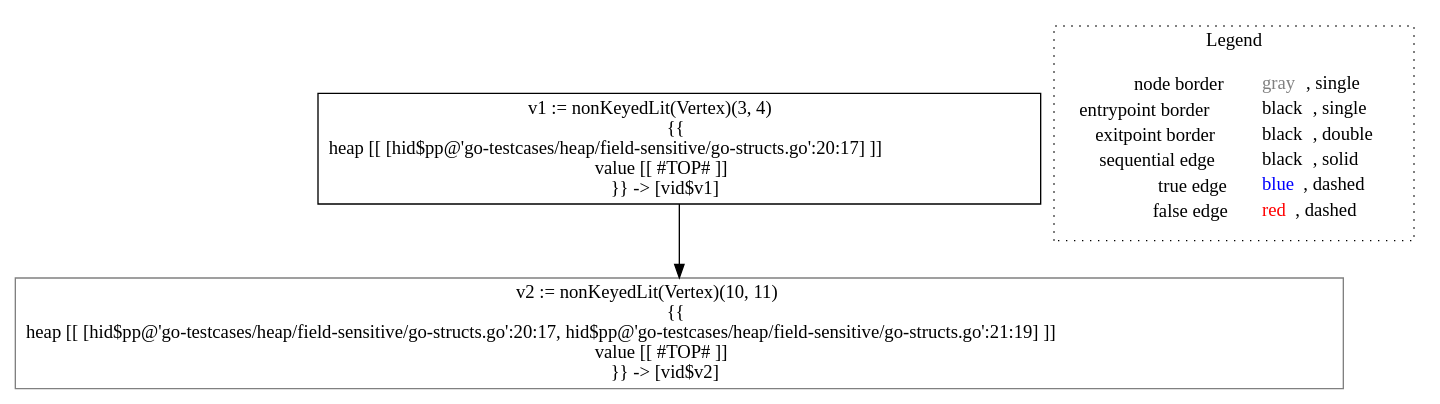
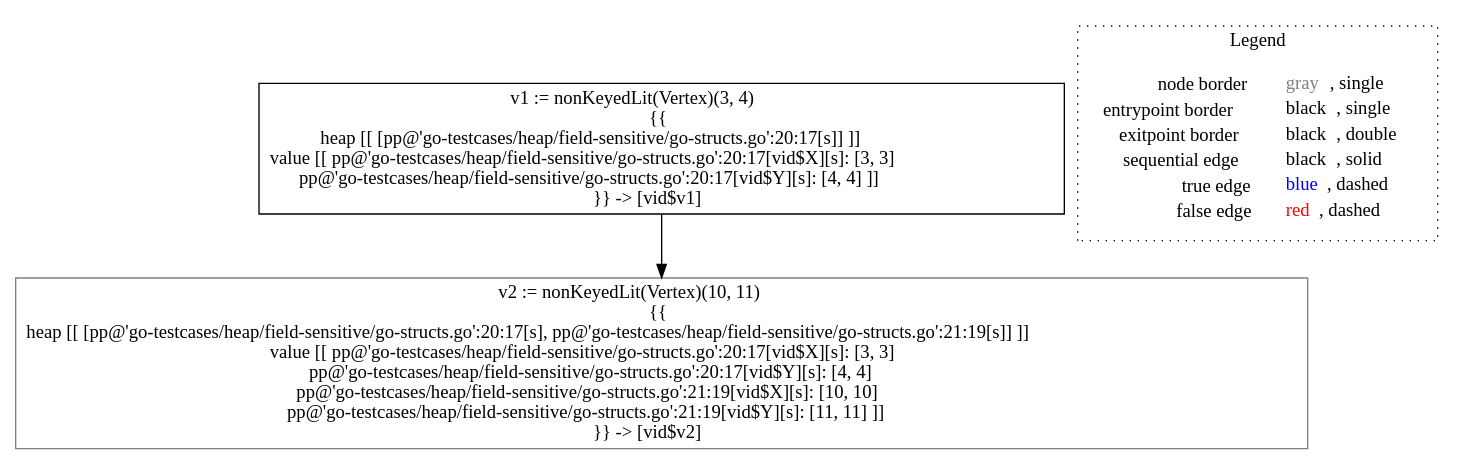
One commit to lisa-analyzer/go-lisa changed the diagram in go-lisa/go-testcases/heap/field-sensitive/analysis___untyped_~LiSAProgram.alloc().dot. Above: the diagram before and after it, drawn with Graphviz. The commit also changed 14 other files, not shown here.

```diff
--- a/go-lisa/go-testcases/heap/field-sensitive/analysis___untyped_~LiSAProgram.alloc().dot
+++ b/go-lisa/go-testcases/heap/field-sensitive/analysis___untyped_~LiSAProgram.alloc().dot
@@ -1,12 +1,12 @@
 digraph {
-	"node0" [shape="rect",color="black",label=<v1 := nonKeyedLit(Vertex)(3, 4)<BR/>{{<BR/>heap [[ [hid$pp@'go-testcases/heap/field-sensitive/go-structs.go':20:17] ]]<BR/>value [[ #TOP# ]]<BR/>}} -&gt; [vid$v1]>];
-	"node1" [shape="rect",color="gray",label=<v2 := nonKeyedLit(Vertex)(10, 11)<BR/>{{<BR/>heap [[ [hid$pp@'go-testcases/heap/field-sensitive/go-structs.go':20:17, hid$pp@'go-testcases/heap/field-sensitive/go-structs.go':21:19] ]]<BR/>value [[ #TOP# ]]<BR/>}} -&gt; [vid$v2]>];
+	"node0" [shape="rect",color="black",label=<v1 := nonKeyedLit(Vertex)(3, 4)<BR/>{{<BR/>heap [[ [pp@'go-testcases/heap/field-sensitive/go-structs.go':20:17[s]] ]]<BR/>value [[ pp@'go-testcases/heap/field-sensitive/go-structs.go':20:17[vid$X][s]: [3, 3]<BR/>pp@'go-testcases/heap/field-sensitive/go-structs.go':20:17[vid$Y][s]: [4, 4] ]]<BR/>}} -&gt; [vid$v1]>];
+	"node1" [shape="rect",color="gray",label=<v2 := nonKeyedLit(Vertex)(10, 11)<BR/>{{<BR/>heap [[ [pp@'go-testcases/heap/field-sensitive/go-structs.go':20:17[s], pp@'go-testcases/heap/field-sensitive/go-structs.go':21:19[s]] ]]<BR/>value [[ pp@'go-testcases/heap/field-sensitive/go-structs.go':20:17[vid$X][s]: [3, 3]<BR/>pp@'go-testcases/heap/field-sensitive/go-structs.go':20:17[vid$Y][s]: [4, 4]<BR/>pp@'go-testcases/heap/field-sensitive/go-structs.go':21:19[vid$X][s]: [10, 10]<BR/>pp@'go-testcases/heap/field-sensitive/go-structs.go':21:19[vid$Y][s]: [11, 11] ]]<BR/>}} -&gt; [vid$v2]>];
 	"node0" -> "node1" [color="black"];
 subgraph cluster_legend {
 	label="Legend";
 	style=dotted;
 	node [shape=plaintext];
 	"legend" [label=<<table border="0" cellpadding="2" cellspacing="0" cellborder="0"><tr><td align="right">node border&nbsp;</td><td align="left"><font color="gray">gray</font>, single</td></tr><tr><td align="right">entrypoint border&nbsp;</td><td align="left"><font color="black">black</font>, single</td></tr><tr><td align="right">exitpoint border&nbsp;</td><td align="left"><font color="black">black</font>, double</td></tr><tr><td align="right">sequential edge&nbsp;</td><td align="left"><font color="black">black</font>, solid</td></tr><tr><td align="right">true edge&nbsp;</td><td align="left"><font color="blue">blue</font>, dashed</td></tr><tr><td align="right">false edge&nbsp;</td><td align="left"><font color="red">red</font>, dashed</td></tr></table>>];
 }
 
 }
```
